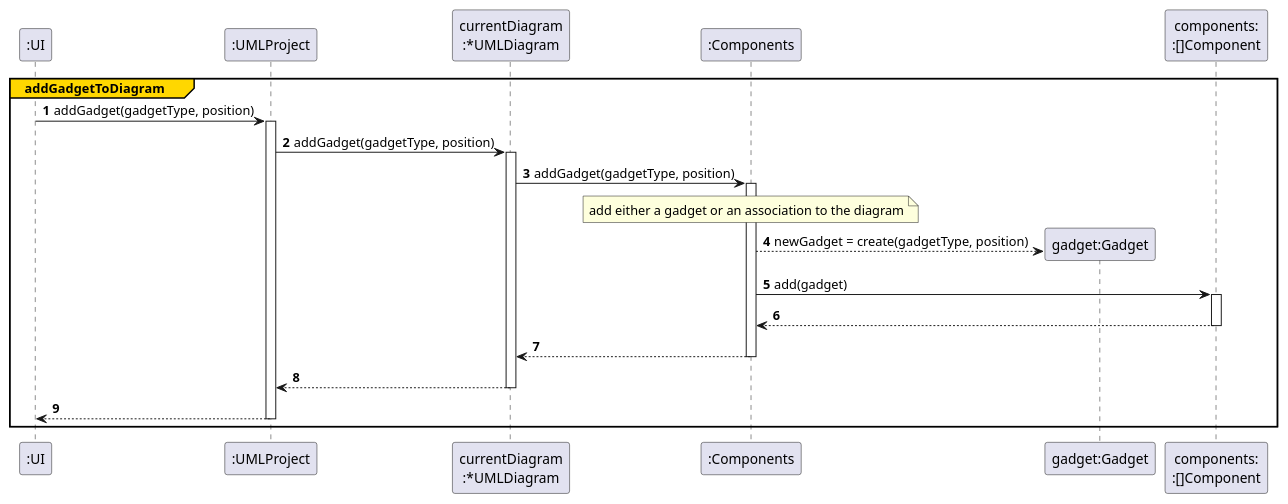
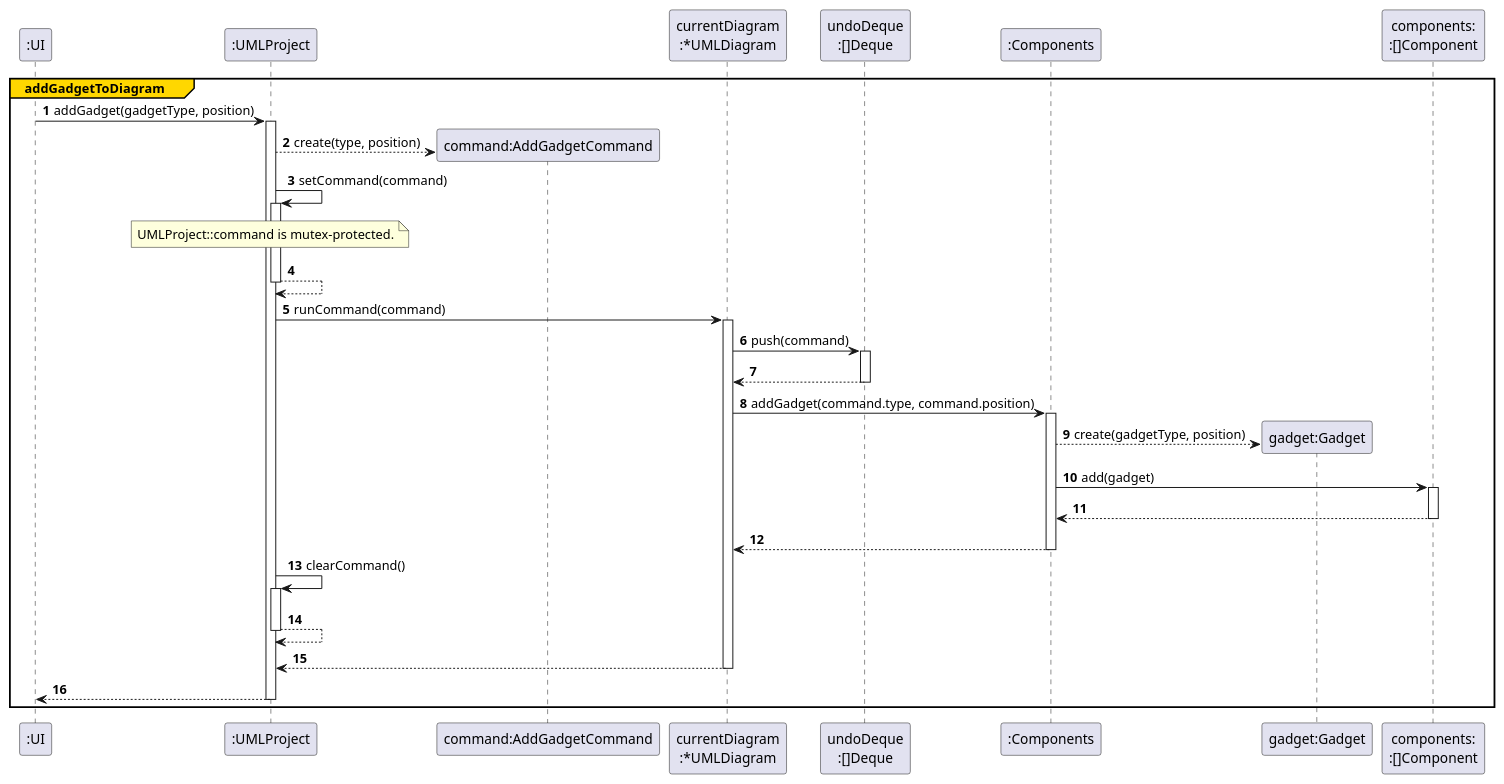
The third of 17 diagrams in docs/graphs/ssd.iuml (Vghxv/Dr.UML__________________), drawn with PlantUML before and after one commit. The commit also changed other lines of this file and 4 other files, not shown here.

```diff
--- a/docs/graphs/ssd.iuml
+++ b/docs/graphs/ssd.iuml
@@ -50,17 +49,25 @@
 @startuml
 autonumber
 autoactivate on
 group#gold #white addGadgetToDiagram
-    ":UI" -> ":UMLProject": addGadget(gadgetType, position)
-    ":UMLProject" -> "currentDiagram\n:*UMLDiagram": addGadget(gadgetType, position)
-    
-    "currentDiagram\n:*UMLDiagram" -> ":Components"  : addGadget(gadgetType, position)
-    note over ":Components": add either a gadget or an association to the diagram
-    ":Components"  --> "gadget:Gadget" **  : newGadget = create(gadgetType, position)
-    ":Components" -> "components:\n:[]Component": add(gadget)
-    return
-    return
-    return
+   ":UI" -> ":UMLProject": addGadget(gadgetType, position)
+    ":UMLProject" --> "command:AddGadgetCommand" ** : create(type, position)
+        ":UMLProject" -> ":UMLProject": setCommand(command)
+        note over ":UMLProject"
+            UMLProject::command is mutex-protected.
+        end note
+        return
+        ":UMLProject" -> "currentDiagram\n:*UMLDiagram" : runCommand(command)
+            "currentDiagram\n:*UMLDiagram" -> "undoDeque\n:[]Deque" : push(command)
+            return
+            "currentDiagram\n:*UMLDiagram" -> ":Components"  : addGadget(command.type, command.position)
+            ":Components"  --> "gadget:Gadget" **  : create(gadgetType, position)
+            ":Components" -> "components:\n:[]Component": add(gadget)
+                return
+            return
+        ":UMLProject" -> ":UMLProject" : clearCommand()
+        return
+        return
     return
 end addGadgetToDiagram
 @enduml
```
